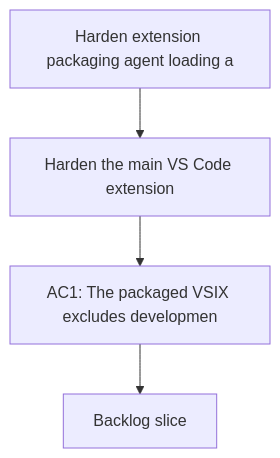
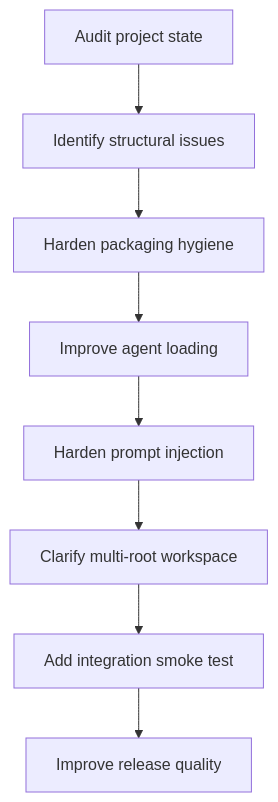
Before and after one commit to AlexAgo83/logics-manager: the diagram in logics/request/req_027_harden_extension_packaging_agent_loading_and_workspace_runtime_behavior.md, drawn with Mermaid. The commit also changed 50 other files, not shown here.

````diff
--- a/logics/request/req_027_harden_extension_packaging_agent_loading_and_workspace_runtime_behavior.md
+++ b/logics/request/req_027_harden_extension_packaging_agent_loading_and_workspace_runtime_behavior.md
@@ -43,8 +43,12 @@
 ```mermaid
 %% logics-kind: request
 %% logics-signature: request|harden-extension-packaging-agent-loading|harden-the-main-vs-code-extension|ac1-the-packaged-vsix-excludes-developme
 flowchart TD
-    Trigger[Harden extension packaging agent loading a] --> Need[Harden the main VS Code extension]
-    Need --> Outcome[AC1: The packaged VSIX excludes developmen]
-    Outcome --> Backlog[Backlog slice]
+    Audit[Audit project state] --> Issues[Identify structural issues]
+    Issues --> Harden[Harden packaging hygiene]
+    Harden --> AgentLoad[Improve agent loading]
+    AgentLoad --> PromptInject[Harden prompt injection]
+    PromptInject --> Workspace[Clarify multi-root workspace]
+    Workspace --> SmokeTest[Add integration smoke test]
+    SmokeTest --> Release[Improve release quality]
 ```
````
